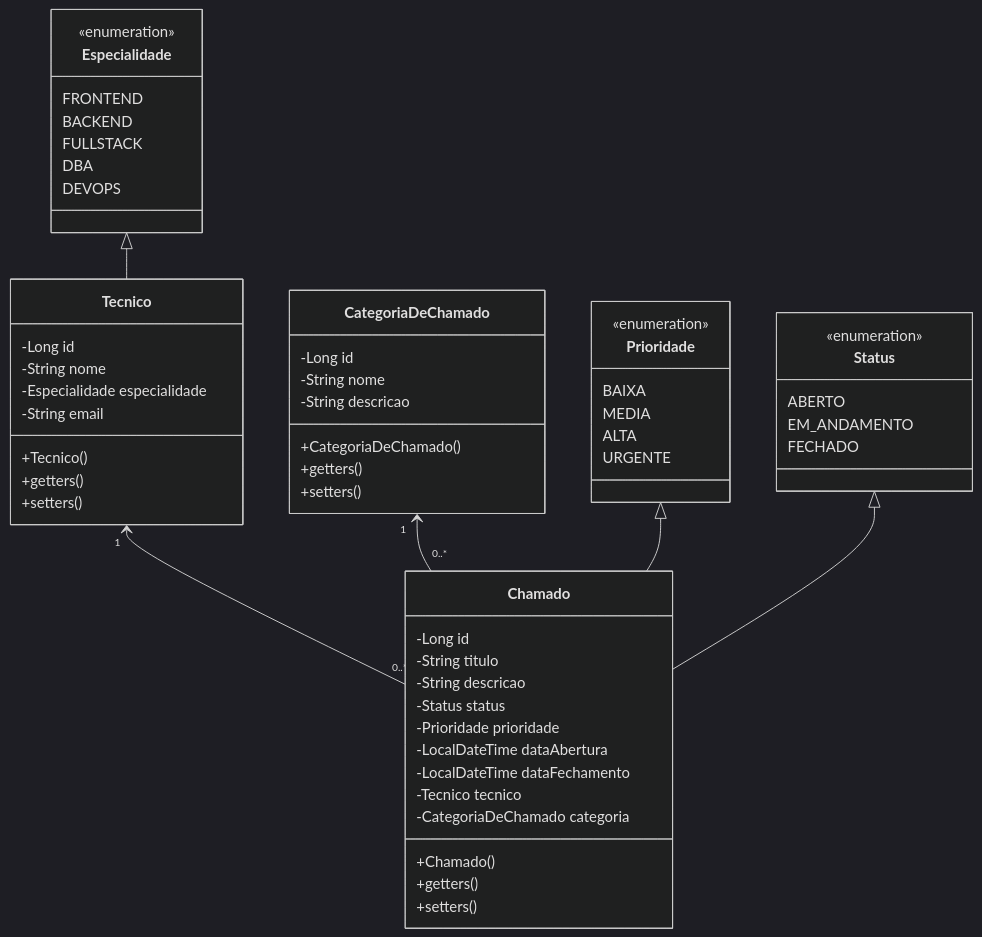
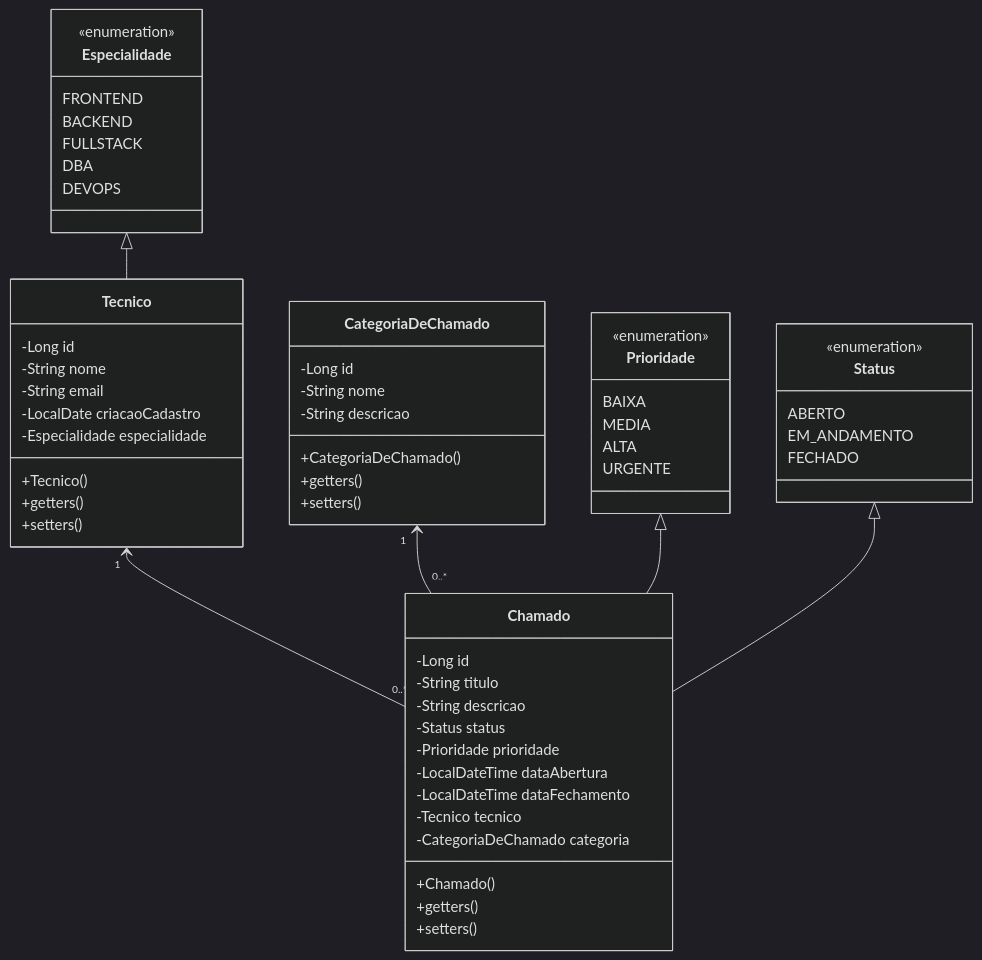
The diagram in exercicios/exercicio-016/versao-001/README.md (heltonricardo/enunciados-exercicios-java), drawn with Mermaid (dark theme) before and after one commit. The commit also changed other lines of this file, not shown here.

````diff
--- a/exercicios/exercicio-016/versao-001/README.md
+++ b/exercicios/exercicio-016/versao-001/README.md
@@ -51,68 +51,69 @@
 ```mermaid
 classDiagram
 
 class Tecnico {
   -Long id
   -String nome
+  -String email
+  -LocalDate criacaoCadastro
   -Especialidade especialidade
-  -String email
   +Tecnico()
   +getters()
   +setters()
 }
 
 class CategoriaDeChamado {
   -Long id
   -String nome
   -String descricao
   +CategoriaDeChamado()
   +getters()
   +setters()
 }
 
 class Chamado {
   -Long id
   -String titulo
   -String descricao
   -Status status
   -Prioridade prioridade
   -LocalDateTime dataAbertura
   -LocalDateTime dataFechamento
   -Tecnico tecnico
   -CategoriaDeChamado categoria
   +Chamado()
   +getters()
   +setters()
 }
 
 class Especialidade {
     <<enumeration>>
     FRONTEND
     BACKEND
     FULLSTACK
     DBA
     DEVOPS
 }
 
 class Prioridade {
     <<enumeration>>
     BAIXA
     MEDIA
     ALTA
     URGENTE
 }
 
 class Status {
     <<enumeration>>
     ABERTO
     EM_ANDAMENTO
     FECHADO
 }
 
 Tecnico "1" <-- "0..*" Chamado
 CategoriaDeChamado "1" <-- "0..*" Chamado
 
 Especialidade <|-- Tecnico
 Prioridade <|-- Chamado
 Status <|-- Chamado
 ```
````
